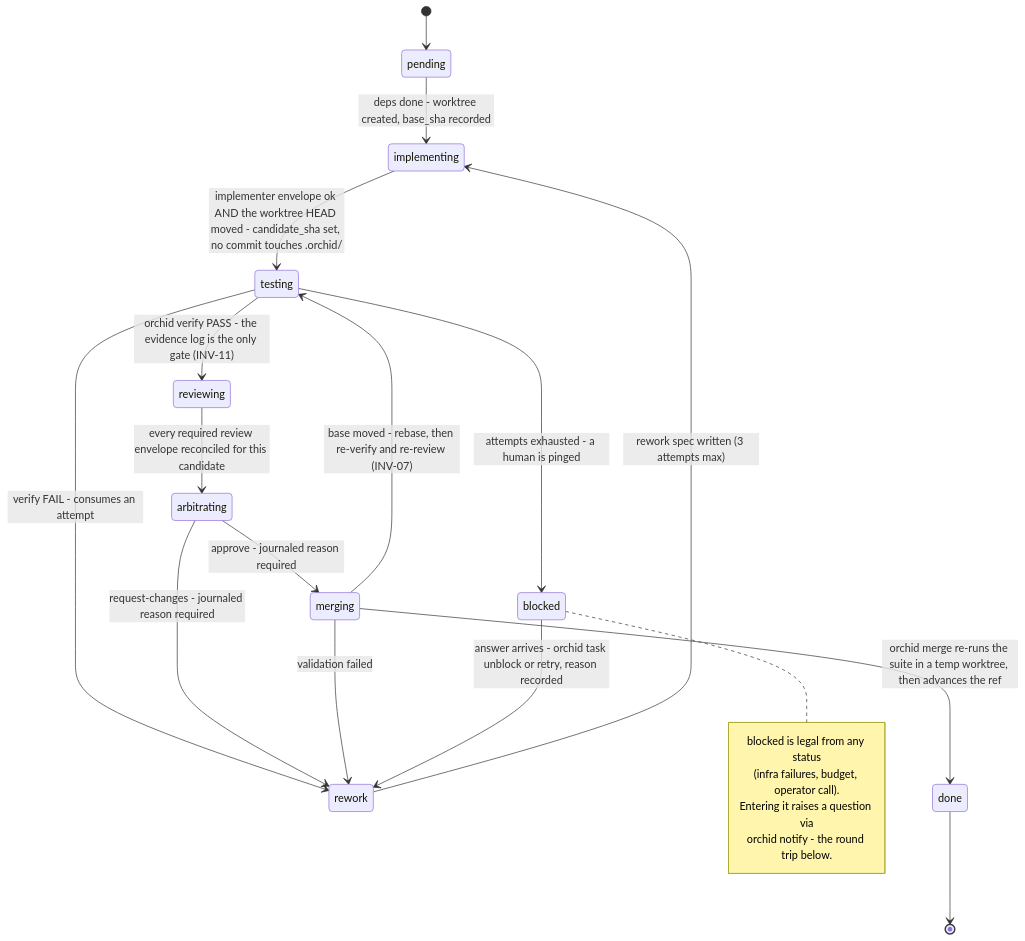
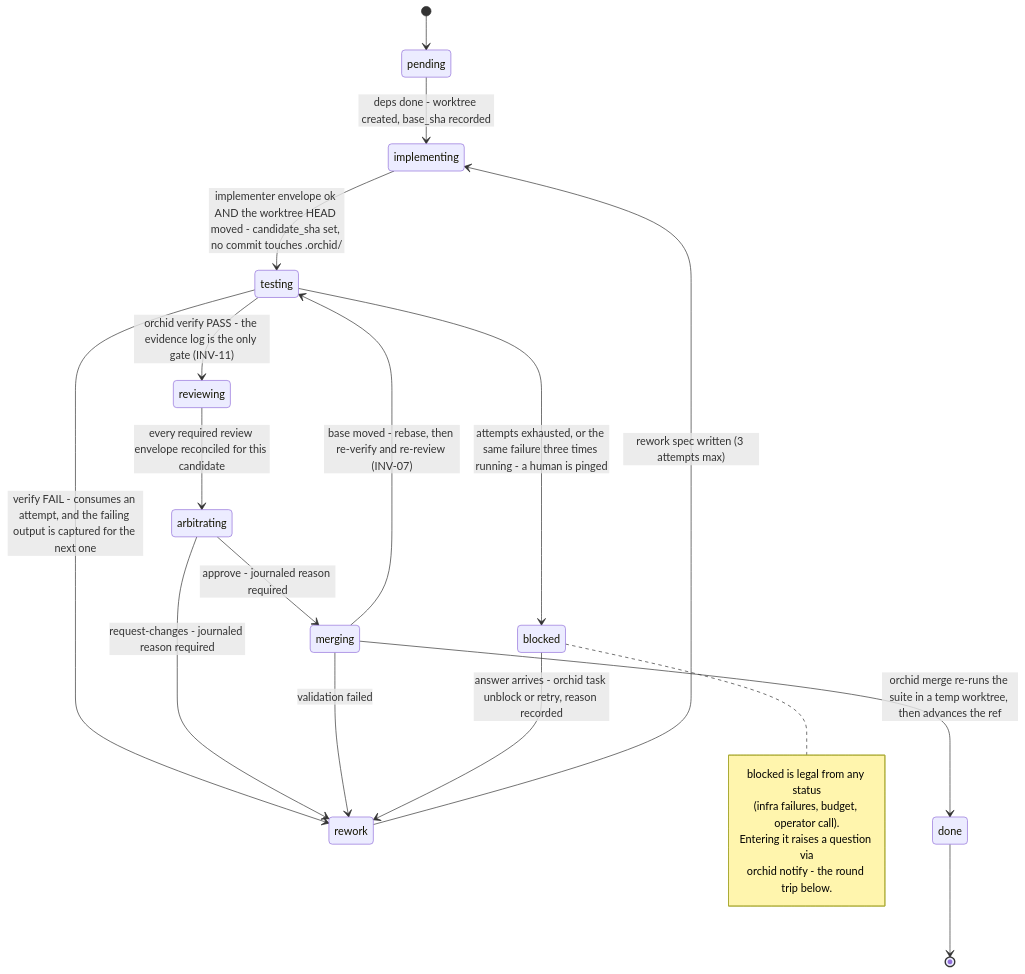
One commit to bilal-/orchid changed the second of 3 diagrams in README.md. Above: the diagram before and after it, drawn with Mermaid. The commit also changed 24 other files, not shown here.

Commit message:
T025: Feed the previous attempt's failure back into the rework pack

````diff
--- a/README.md
+++ b/README.md
@@ -185,24 +185,24 @@
 ```mermaid
 stateDiagram-v2
     [*] --> pending
     pending --> implementing: deps done - worktree created, base_sha recorded
     implementing --> testing: implementer envelope ok AND the worktree HEAD moved - candidate_sha set, no commit touches .orchid/
     testing --> reviewing: orchid verify PASS - the evidence log is the only gate (INV-11)
-    testing --> rework: verify FAIL - consumes an attempt
+    testing --> rework: verify FAIL - consumes an attempt, and the failing output is captured for the next one
     reviewing --> arbitrating: every required review envelope reconciled for this candidate
     arbitrating --> merging: approve - journaled reason required
     arbitrating --> rework: request-changes - journaled reason required
     merging --> done: orchid merge re-runs the suite in a temp worktree, then advances the ref
     merging --> rework: validation failed
     merging --> testing: base moved - rebase, then re-verify and re-review (INV-07)
     rework --> implementing: rework spec written (3 attempts max)
-    testing --> blocked: attempts exhausted - a human is pinged
+    testing --> blocked: attempts exhausted, or the same failure three times running - a human is pinged
     blocked --> rework: answer arrives - orchid task unblock or retry, reason recorded
     done --> [*]
     note right of blocked
         blocked is legal from any status
         (infra failures, budget, operator call).
         Entering it raises a question via
         orchid notify - the round trip below.
     end note
 ```
````
